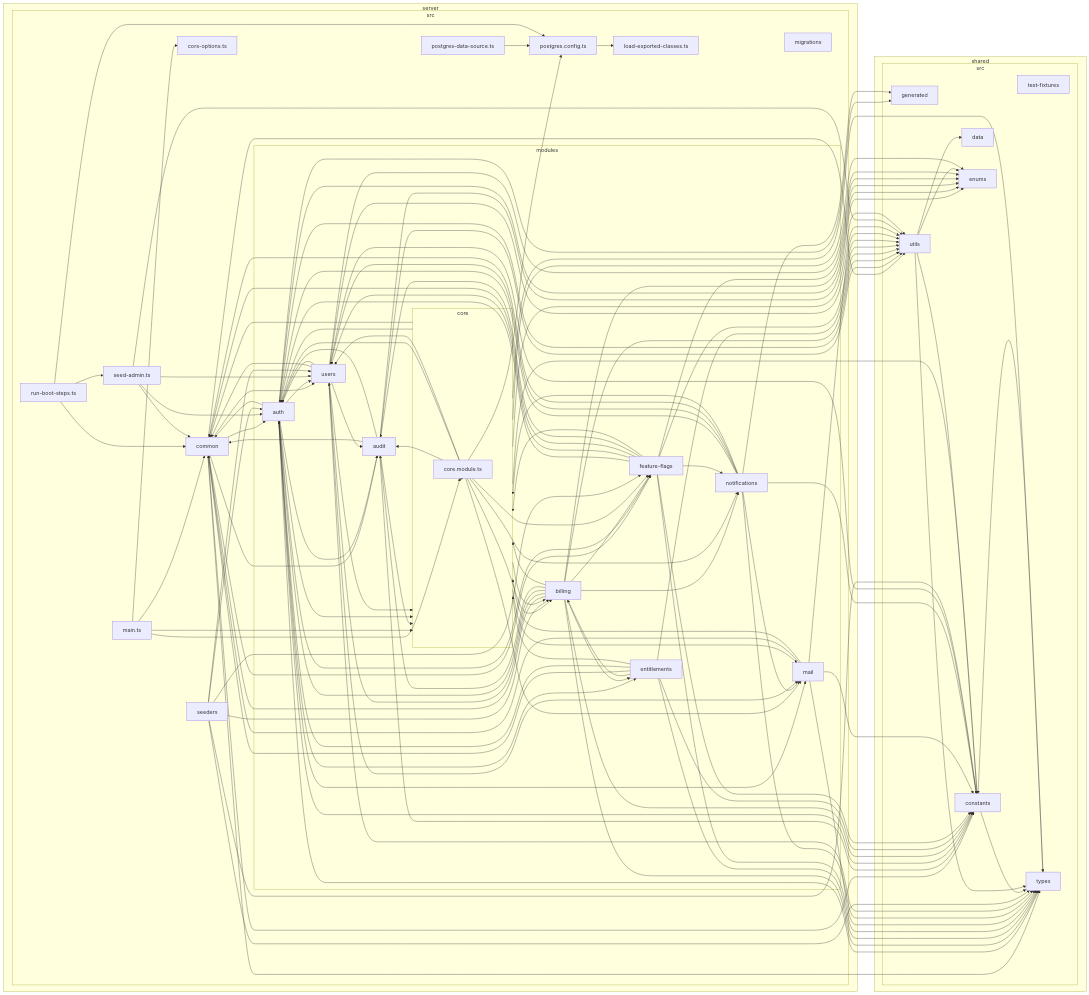
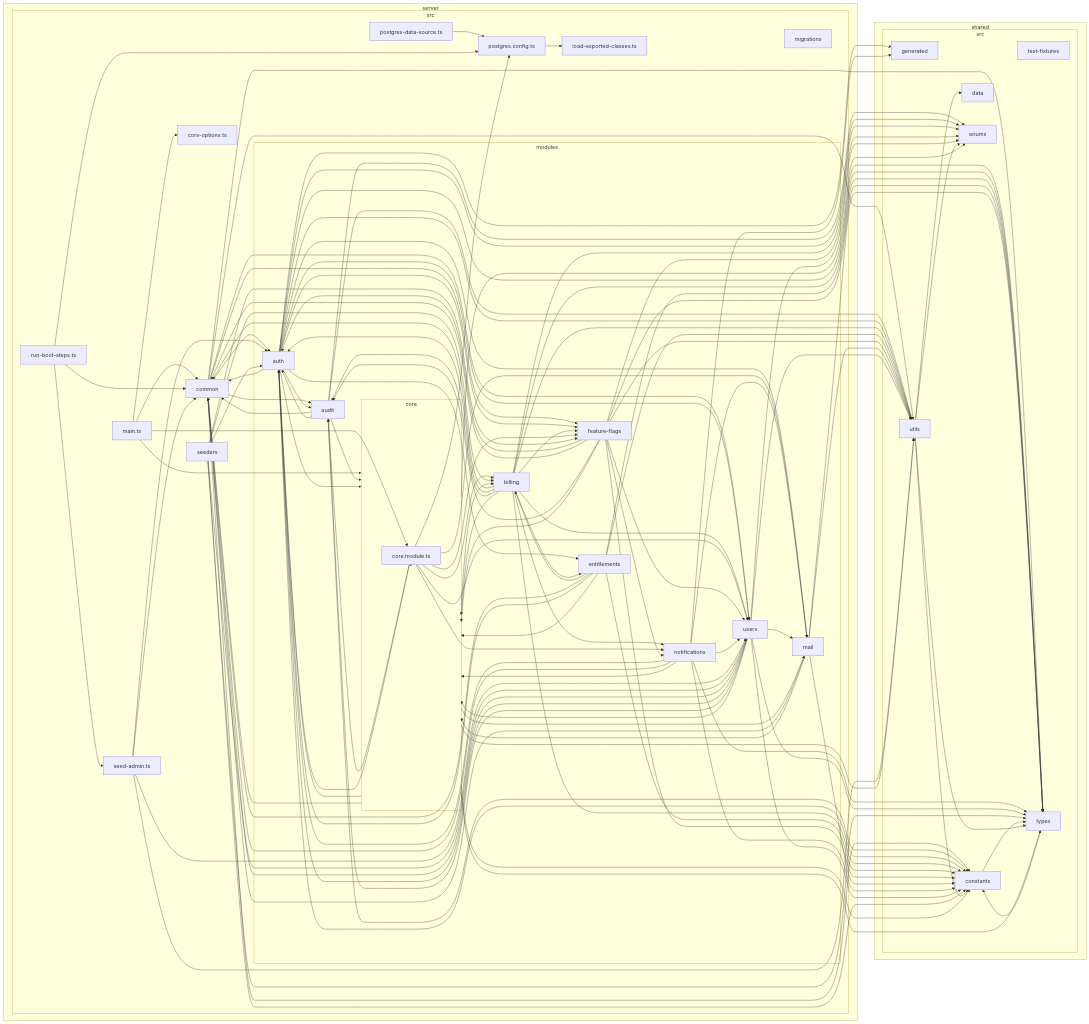
Before and after one commit to tauinbox/client-server-starter-app: the second of 5 diagrams in architecture/dependency-graph.md, drawn with Mermaid. The commit also changed other lines of this file and 32 other files, not shown here.

```diff
--- a/architecture/dependency-graph.md
+++ b/architecture/dependency-graph.md
@@ -96,12 +96,12 @@
 8-->9
 8-->P
 9-->S
-9-->H
 9-->U
 9-->8
 9-->2
 9-->B
 9-->D
+9-->H
 9-->P
 9-->V
 9-->R
```
